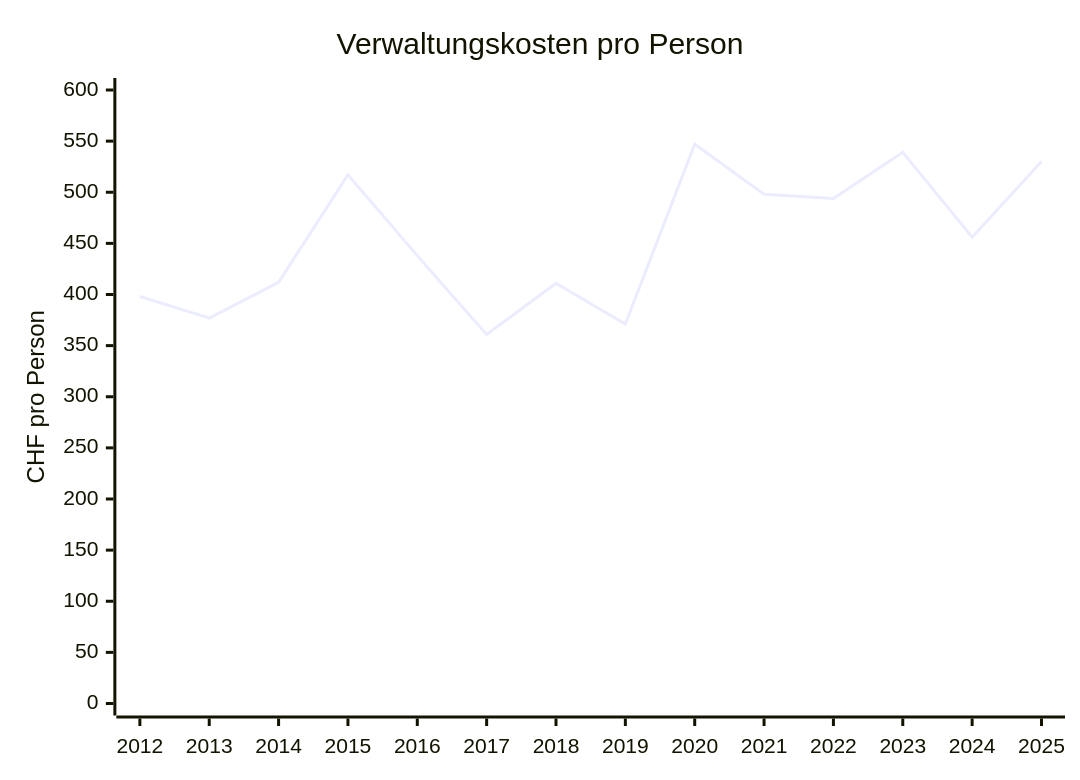
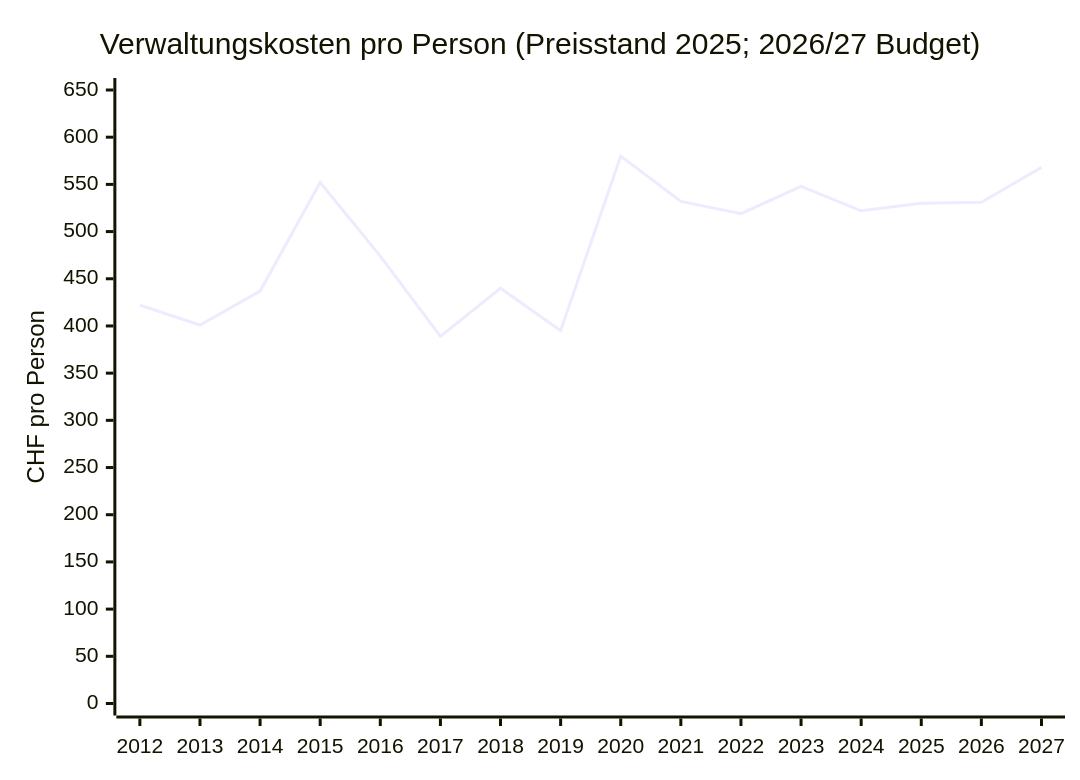
The fifth of 14 diagrams in docs/politik/finanzen-beringen.de.md (risajef/risajef.github.io), drawn with Mermaid before and after one commit. The commit also changed other lines of this file and 1 other file, not shown here.

````diff
--- a/docs/politik/finanzen-beringen.de.md
+++ b/docs/politik/finanzen-beringen.de.md
@@ -79,7 +104,7 @@
 ```mermaid
 xychart
-title "Verwaltungskosten pro Person"
-x-axis [2012, 2013, 2014, 2015, 2016, 2017, 2018, 2019, 2020, 2021, 2022, 2023, 2024, 2025]
-y-axis "CHF pro Person" 0 --> 600
-line [398, 377, 412, 517, 438, 361, 411, 371, 547, 498, 494, 539, 456, 530]
+title "Verwaltungskosten pro Person (Preisstand 2025; 2026/27 Budget)"
+x-axis [2012, 2013, 2014, 2015, 2016, 2017, 2018, 2019, 2020, 2021, 2022, 2023, 2024, 2025, 2026, 2027]
+y-axis "CHF pro Person" 0 --> 650
+line [422, 401, 437, 552, 474, 389, 440, 395, 580, 532, 519, 548, 522, 530, 531, 568]
 ```
````
